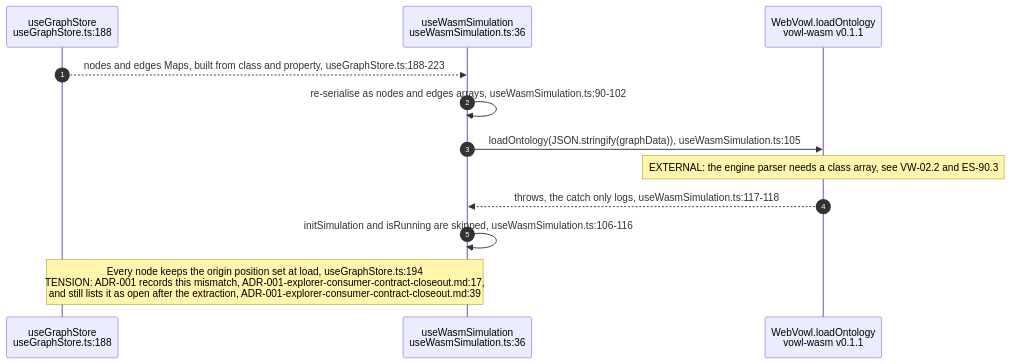
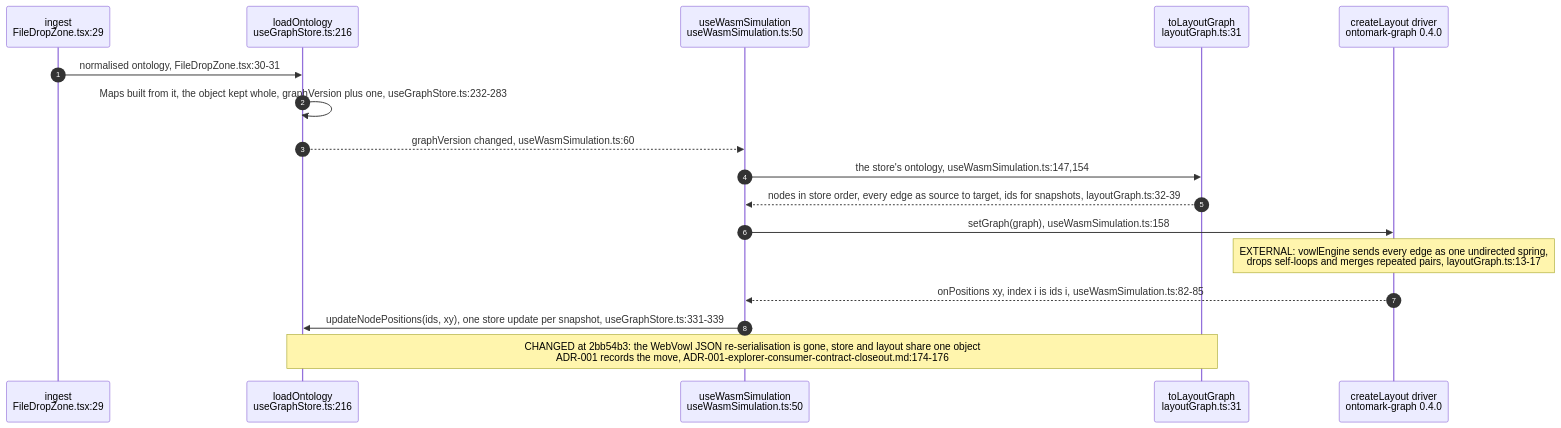
Before and after one commit to DreamLab-AI/VisionFlow: the second of 4 diagrams in docs/diagrams/wasmvowl/03-ontology-input-and-engine-boundary.md, drawn with Mermaid. The commit also changed other lines of this file and 4 other files, not shown here.

First line of the commit message:
docs(diagrams): wasmvowl re-verified at WasmVOWL 2bb54b3 (NggExplorer layout, camera, CI)

````diff
--- a/docs/diagrams/wasmvowl/03-ontology-input-and-engine-boundary.md
+++ b/docs/diagrams/wasmvowl/03-ontology-input-and-engine-boundary.md
@@ -55,14 +63,19 @@
 ```mermaid
 sequenceDiagram
     autonumber
-    participant GS as useGraphStore<br/>useGraphStore.ts:188
-    participant H as useWasmSimulation<br/>useWasmSimulation.ts:36
-    participant E as WebVowl.loadOntology<br/>vowl-wasm v0.1.1
-    GS-->>H: nodes and edges Maps, built from class and property, useGraphStore.ts:188-223
-    H->>H: re-serialise as nodes and edges arrays, useWasmSimulation.ts:90-102
-    H->>E: loadOntology(JSON.stringify(graphData)), useWasmSimulation.ts:105
-    Note over E: EXTERNAL: the engine parser needs a class array, see VW-02.2 and ES-90.3
-    E-->>H: throws, the catch only logs, useWasmSimulation.ts:117-118
-    H->>H: initSimulation and isRunning are skipped, useWasmSimulation.ts:106-116
-    Note over GS,H: Every node keeps the origin position set at load, useGraphStore.ts:194<br/>TENSION: ADR-001 records this mismatch, ADR-001-explorer-consumer-contract-closeout.md:17,<br/>and still lists it as open after the extraction, ADR-001-explorer-consumer-contract-closeout.md:39
+    participant FDZ as ingest<br/>FileDropZone.tsx:29
+    participant GS as loadOntology<br/>useGraphStore.ts:216
+    participant H as useWasmSimulation<br/>useWasmSimulation.ts:50
+    participant LG as toLayoutGraph<br/>layoutGraph.ts:31
+    participant D as createLayout driver<br/>ontomark-graph 0.4.0
+    FDZ->>GS: normalised ontology, FileDropZone.tsx:30-31
+    GS->>GS: Maps built from it, the object kept whole, graphVersion plus one, useGraphStore.ts:232-283
+    GS-->>H: graphVersion changed, useWasmSimulation.ts:60
+    H->>LG: the store's ontology, useWasmSimulation.ts:147,154
+    LG-->>H: nodes in store order, every edge as source to target, ids for snapshots, layoutGraph.ts:32-39
+    H->>D: setGraph(graph), useWasmSimulation.ts:158
+    Note over D: EXTERNAL: vowlEngine sends every edge as one undirected spring,<br/>drops self-loops and merges repeated pairs, layoutGraph.ts:13-17
+    D-->>H: onPositions xy, index i is ids i, useWasmSimulation.ts:82-85
+    H->>GS: updateNodePositions(ids, xy), one store update per snapshot, useGraphStore.ts:331-339
+    Note over GS,LG: CHANGED at 2bb54b3: the WebVowl JSON re-serialisation is gone, store and layout share one object<br/>ADR-001 records the move, ADR-001-explorer-consumer-contract-closeout.md:174-176
 ```
````
